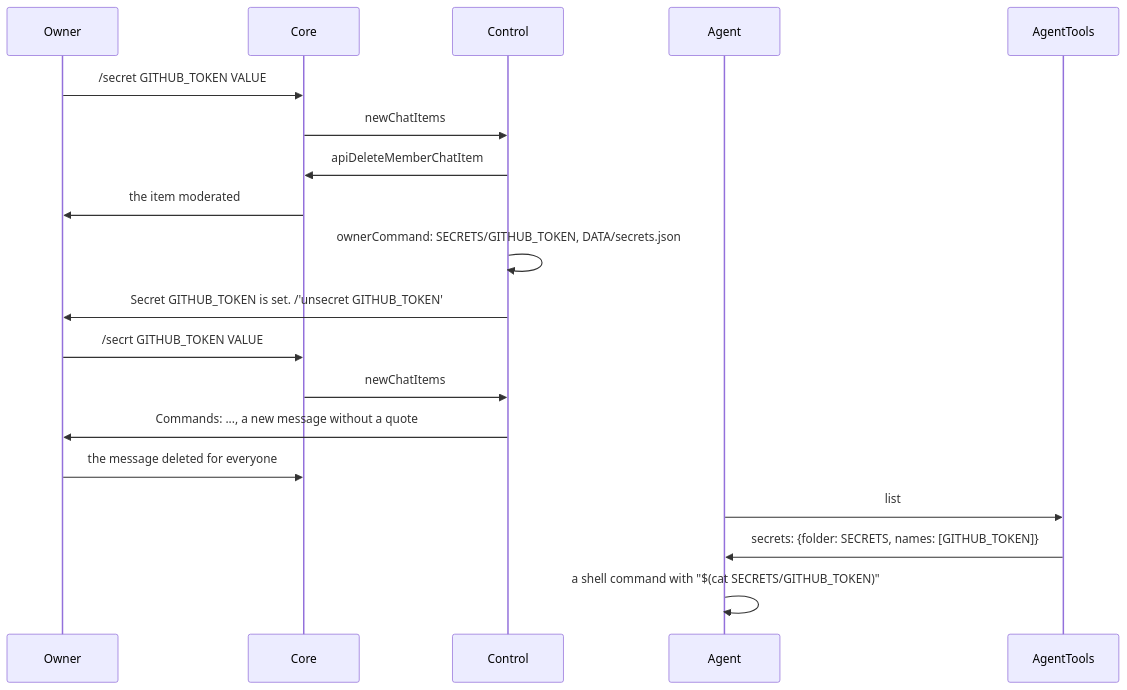
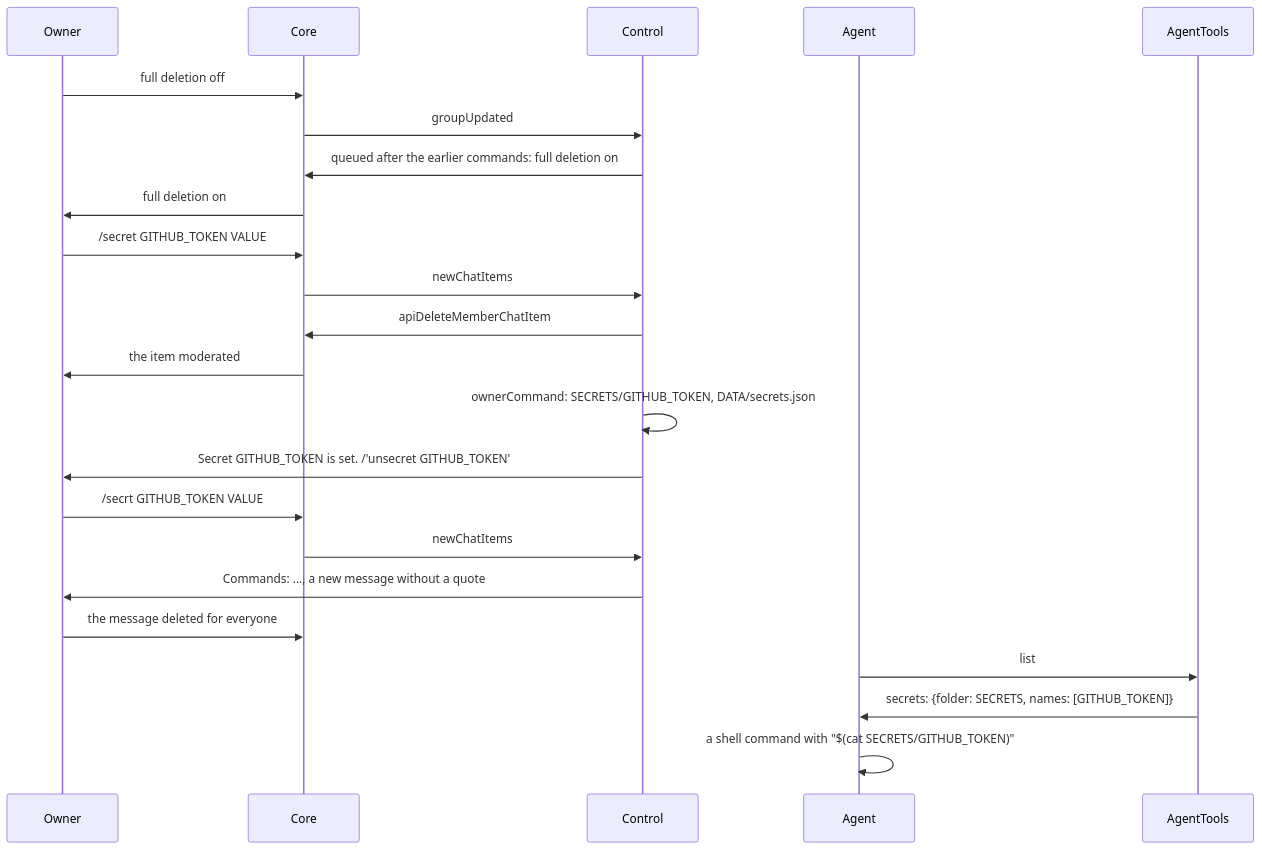
The diagram in plans/2026-11-12-mcp-secrets.md (simplex-chat/simplex-chat), drawn with Mermaid before and after one commit. The commit also changed other lines of this file and 12 other files, not shown here.

First line of the commit message:
mcp server: turn full deletion on again when an owner turns it off

````diff
--- a/plans/2026-11-12-mcp-secrets.md
+++ b/plans/2026-11-12-mcp-secrets.md
@@ -146,21 +149,25 @@
 ```mermaid
 sequenceDiagram
   participant O as Owner
   participant K as Core
   participant C as Control
   participant A as Agent
   participant T as AgentTools
+  O->>K: full deletion off
+  K->>C: groupUpdated
+  C->>K: queued after the earlier commands: full deletion on
+  K->>O: full deletion on
   O->>K: /secret GITHUB_TOKEN VALUE
   K->>C: newChatItems
   C->>K: apiDeleteMemberChatItem #G [item]
   K->>O: the item moderated
   C->>C: ownerCommand: SECRETS/GITHUB_TOKEN, DATA/secrets.json
   C->>O: Secret GITHUB_TOKEN is set. /'unsecret GITHUB_TOKEN'
   O->>K: /secrt GITHUB_TOKEN VALUE
   K->>C: newChatItems
   C->>O: Commands: ..., a new message without a quote
   O->>K: the message deleted for everyone
   A->>T: list
   T->>A: secrets: {folder: SECRETS, names: [GITHUB_TOKEN]}
   A->>A: a shell command with "$(cat SECRETS/GITHUB_TOKEN)"
 ```
````
